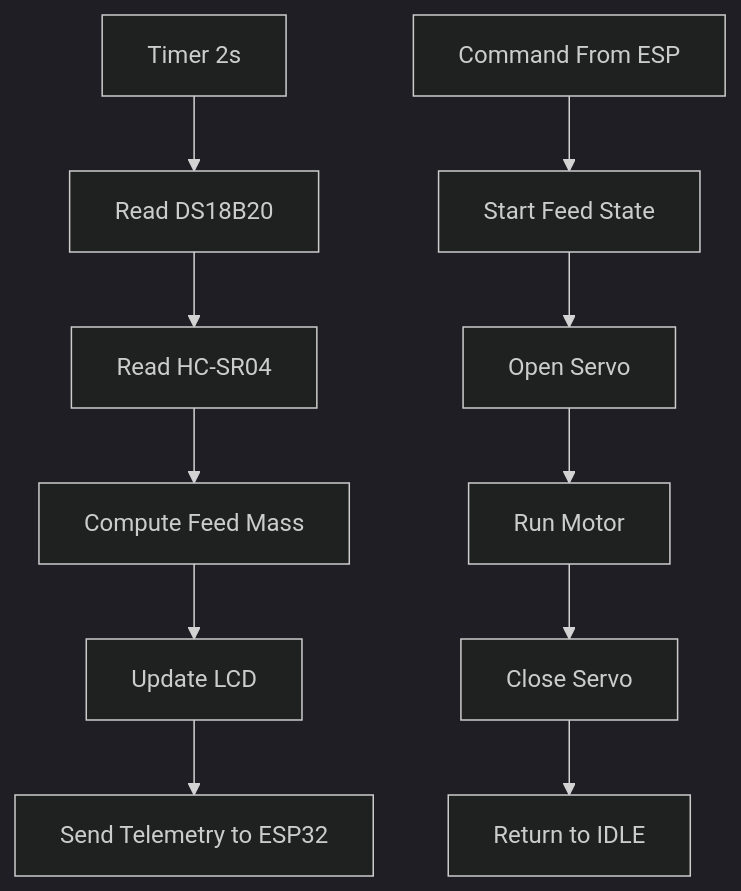
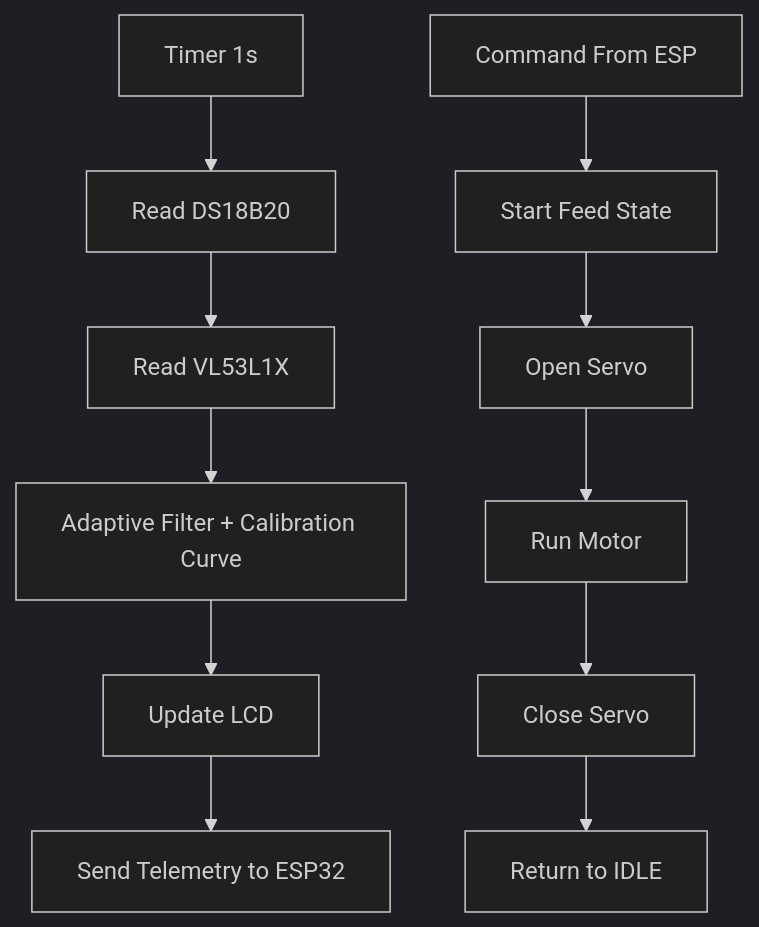
One commit to Frey210/Feederasea changed the diagram in Feederasea-R3Wifi-UNO/README.md. Above: the diagram before and after it, drawn with Mermaid (dark theme). The commit also changed other lines of this file and 2 other files, not shown here.

Commit message:
Switch to VL53L1X and document feed-mass calibration algorithm

````diff
--- a/Feederasea-R3Wifi-UNO/README.md
+++ b/Feederasea-R3Wifi-UNO/README.md
@@ -76,14 +84,14 @@
 ```mermaid
 flowchart TD
-  A[Timer 2s] --> B[Read DS18B20]
-  B --> C[Read HC-SR04]
-  C --> D[Compute Feed Mass]
+  A[Timer 1s] --> B[Read DS18B20]
+  B --> C[Read VL53L1X]
+  C --> D[Adaptive Filter + Calibration Curve]
   D --> E[Update LCD]
   E --> F[Send Telemetry to ESP32]
 
   G[Command From ESP] --> H[Start Feed State]
   H --> I[Open Servo]
   I --> J[Run Motor]
   J --> K[Close Servo]
   K --> L[Return to IDLE]
 ```
````
